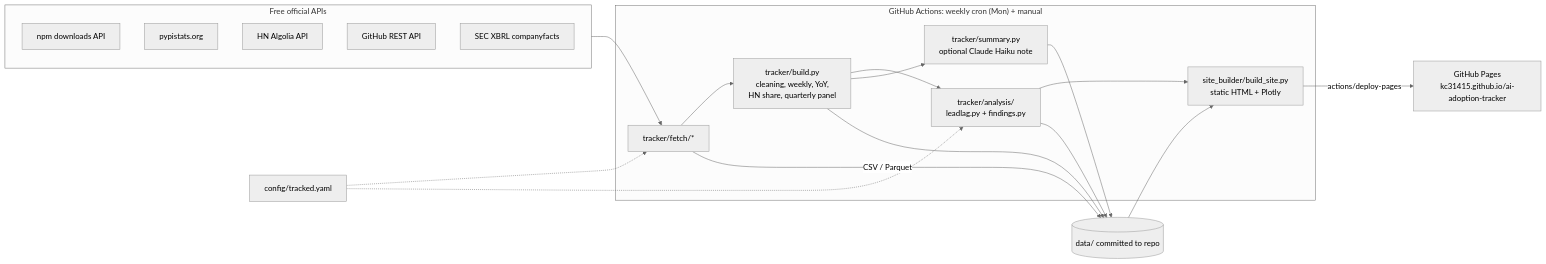
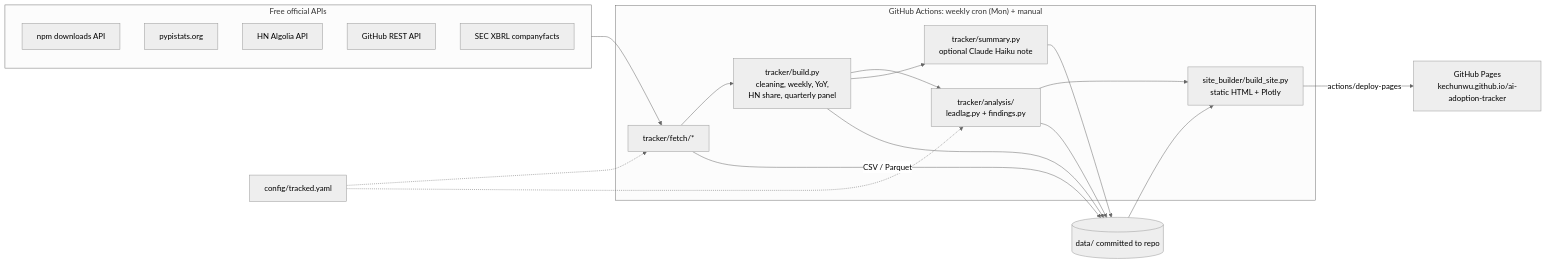
Before and after one commit to kechunwu/ai-adoption-tracker: the diagram in README.md, drawn with Mermaid (neutral theme). The commit also changed other lines of this file and 5 other files, not shown here.

First line of the commit message:
Update links for GitHub username change (KC31415 → kechunwu)

````diff
--- a/README.md
+++ b/README.md
@@ -94,25 +94,25 @@
 ```mermaid
 flowchart LR
   subgraph Sources["Free official APIs"]
     NPM[npm downloads API]
     PYPI[pypistats.org]
     HN[HN Algolia API]
     GH[GitHub REST API]
     SEC[SEC XBRL companyfacts]
   end
   subgraph Weekly["GitHub Actions: weekly cron (Mon) + manual"]
     F[tracker/fetch/*] --> B[tracker/build.py<br/>cleaning, weekly, YoY,<br/>HN share, quarterly panel]
     B --> L[tracker/analysis/<br/>leadlag.py + findings.py]
     B --> S[tracker/summary.py<br/>optional Claude Haiku note]
     L --> W[site_builder/build_site.py<br/>static HTML + Plotly]
   end
   Sources --> F
   F -->|CSV / Parquet| D[(data/ committed to repo)]
   B --> D
   L --> D
   S --> D
   D --> W
-  W -->|actions/deploy-pages| P[GitHub Pages<br/>kc31415.github.io/ai-adoption-tracker]
+  W -->|actions/deploy-pages| P[GitHub Pages<br/>kechunwu.github.io/ai-adoption-tracker]
   CFG[config/tracked.yaml] -.-> F
   CFG -.-> L
 ```
````
